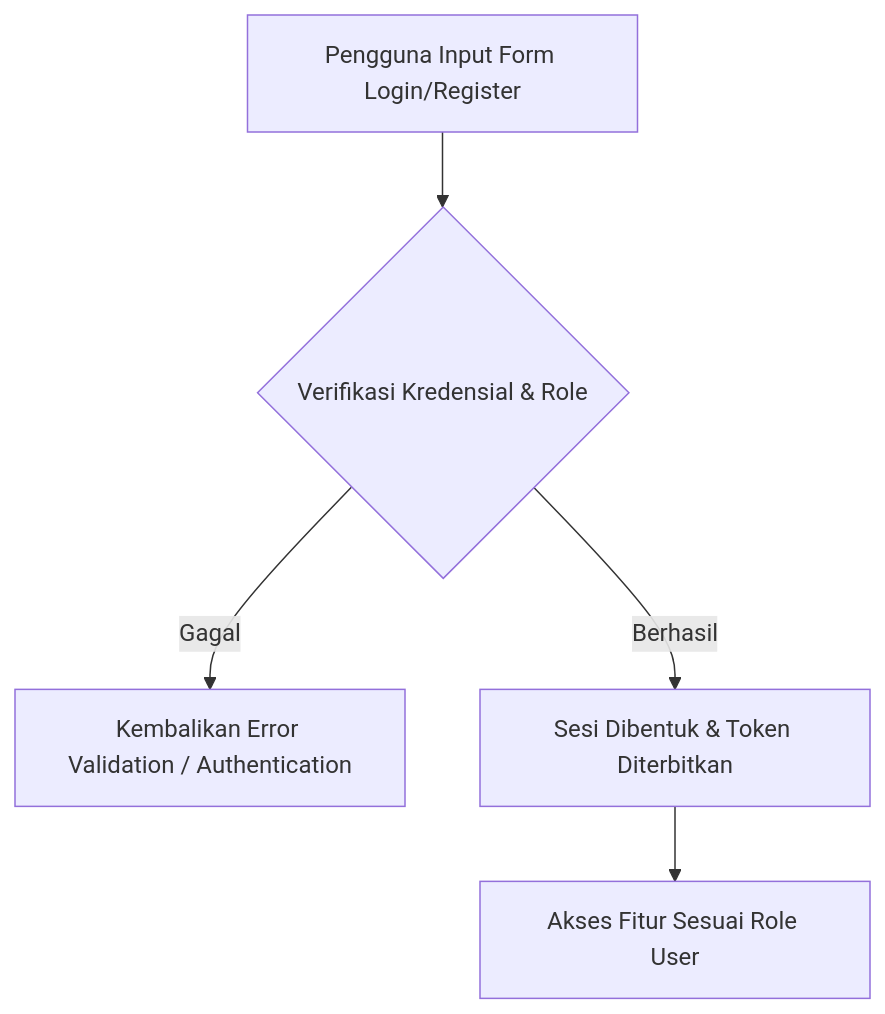
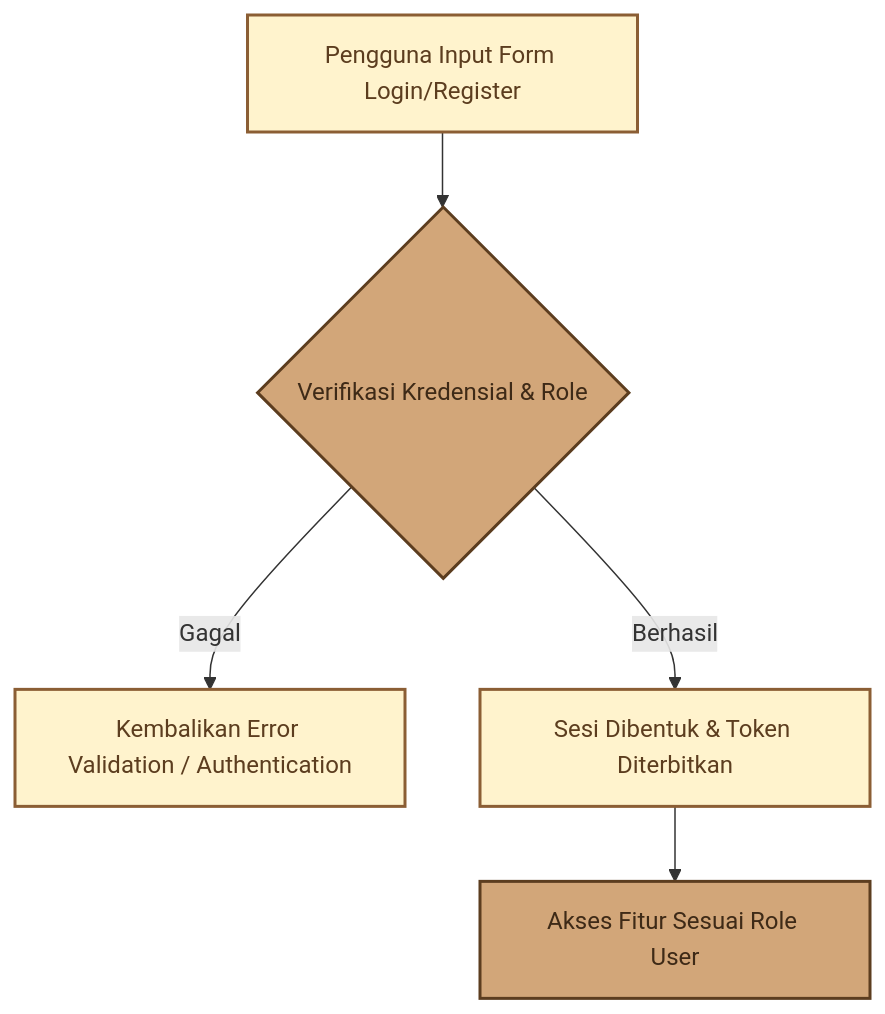
The first of 13 diagrams in docs/DOKUMENTASI_MODULE_SISTEM.md (nazwasalsabila181718-droid/manajemen_perawatan), drawn with Mermaid before and after one commit. The commit also changed other lines of this file, not shown here.

Commit message:
style: tambahkan tema warna kuning-coklat pada diagram mermaid

````diff
--- a/docs/DOKUMENTASI_MODULE_SISTEM.md
+++ b/docs/DOKUMENTASI_MODULE_SISTEM.md
@@ -37,7 +37,13 @@
 ```mermaid
 flowchart TD
+    classDef default fill:#FFF3CD,stroke:#8B5E34,stroke-width:2px,color:#5C3D1F;
+    classDef highlight fill:#D2A679,stroke:#5C3D1F,stroke-width:2px,color:#3E2A17;
+
     A[Pengguna Input Form Login/Register] --> B{Verifikasi Kredensial & Role}
     B -- Gagal --> C[Kembalikan Error Validation / Authentication]
     B -- Berhasil --> D[Sesi Dibentuk & Token Diterbitkan]
     D --> E[Akses Fitur Sesuai Role User]
+
+    class A,C,D default;
+    class B,E highlight;
 ```
````
